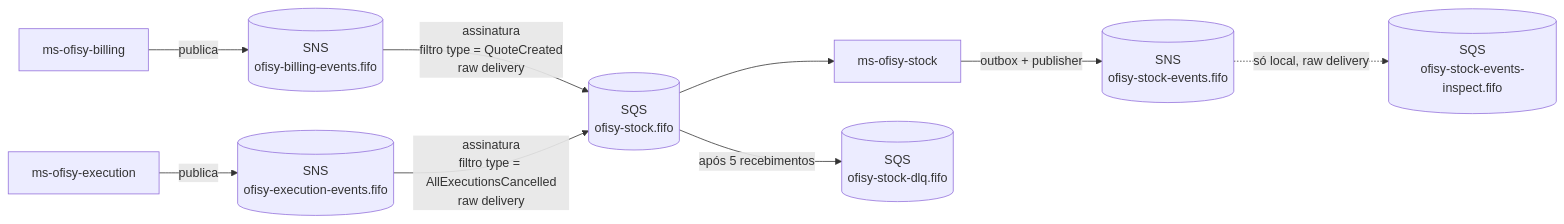
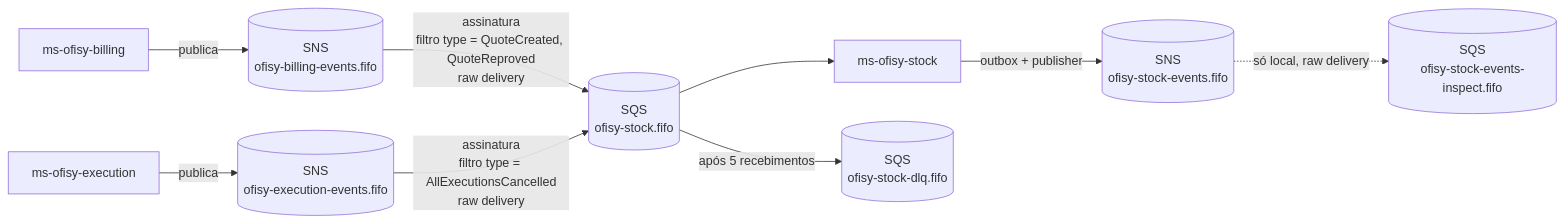
The first of 2 diagrams in docs/MESSAGING.md (15SOAT-FIAP/ms-ofisy-stock), drawn with Mermaid before and after one commit. The commit also changed other lines of this file and 1 other file, not shown here.

Commit message:
docs: documentar o QuoteReproved e atualizar o README

````diff
--- a/docs/MESSAGING.md
+++ b/docs/MESSAGING.md
@@ -11,11 +11,11 @@
 ```mermaid
 flowchart LR
     billing[ms-ofisy-billing] -->|publica| billingTopic[(SNS<br/>ofisy-billing-events.fifo)]
-    billingTopic -->|assinatura<br/>filtro type = QuoteCreated<br/>raw delivery| queue[(SQS<br/>ofisy-stock.fifo)]
+    billingTopic -->|assinatura<br/>filtro type = QuoteCreated, QuoteReproved<br/>raw delivery| queue[(SQS<br/>ofisy-stock.fifo)]
     execution[ms-ofisy-execution] -->|publica| execTopic[(SNS<br/>ofisy-execution-events.fifo)]
     execTopic -->|assinatura<br/>filtro type = AllExecutionsCancelled<br/>raw delivery| queue
     queue --> app[ms-ofisy-stock]
     queue -->|após 5 recebimentos| dlq[(SQS<br/>ofisy-stock-dlq.fifo)]
     app -->|outbox + publisher| topic[(SNS<br/>ofisy-stock-events.fifo)]
     topic -.->|só local, raw delivery| inspect[(SQS<br/>ofisy-stock-events-inspect.fifo)]
 ```
````
